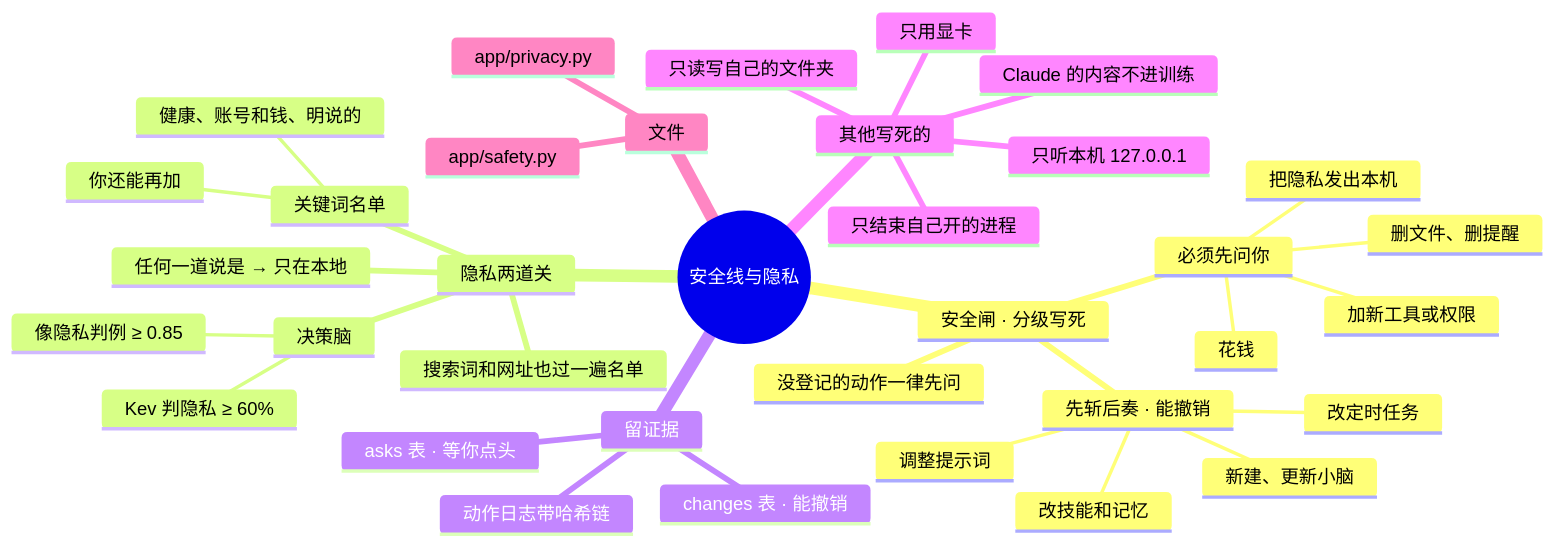
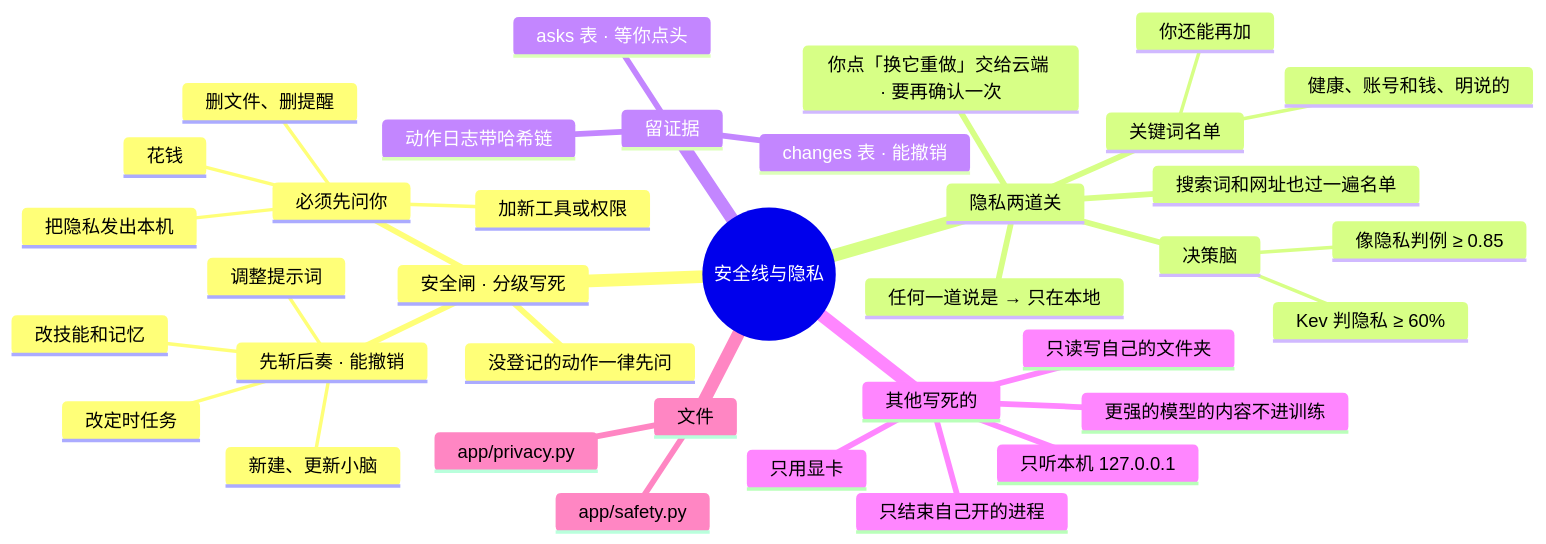
One commit to lql-076/Experiment-Agent-One changed the diagram in docs/AI文档/架构/08-安全线与隐私.md. Above: the diagram before and after it, drawn with Mermaid. The commit also changed other lines of this file and 55 other files, not shown here.

````diff
--- a/docs/AI文档/架构/08-安全线与隐私.md
+++ b/docs/AI文档/架构/08-安全线与隐私.md
@@ -9,38 +9,39 @@
 ```mermaid
 mindmap
   root((安全线与隐私))
     安全闸 · 分级写死
       先斩后奏 · 能撤销
         新建、更新小脑
         改技能和记忆
         改定时任务
         调整提示词
       必须先问你
         删文件、删提醒
         加新工具或权限
         花钱
         把隐私发出本机
       没登记的动作一律先问
     隐私两道关
       关键词名单
         健康、账号和钱、明说的
         你还能再加
       决策脑
         像隐私判例 ≥ 0.85
         Kev 判隐私 ≥ 60%
       任何一道说是 → 只在本地
       搜索词和网址也过一遍名单
+      你点「换它重做」交给云端 · 要再确认一次
     留证据
       changes 表 · 能撤销
       asks 表 · 等你点头
       动作日志带哈希链
     其他写死的
       只用显卡
-      Claude 的内容不进训练
+      更强的模型的内容不进训练
       只读写自己的文件夹
       只结束自己开的进程
       只听本机 127.0.0.1
     文件
       app/safety.py
       app/privacy.py
 ```
````
